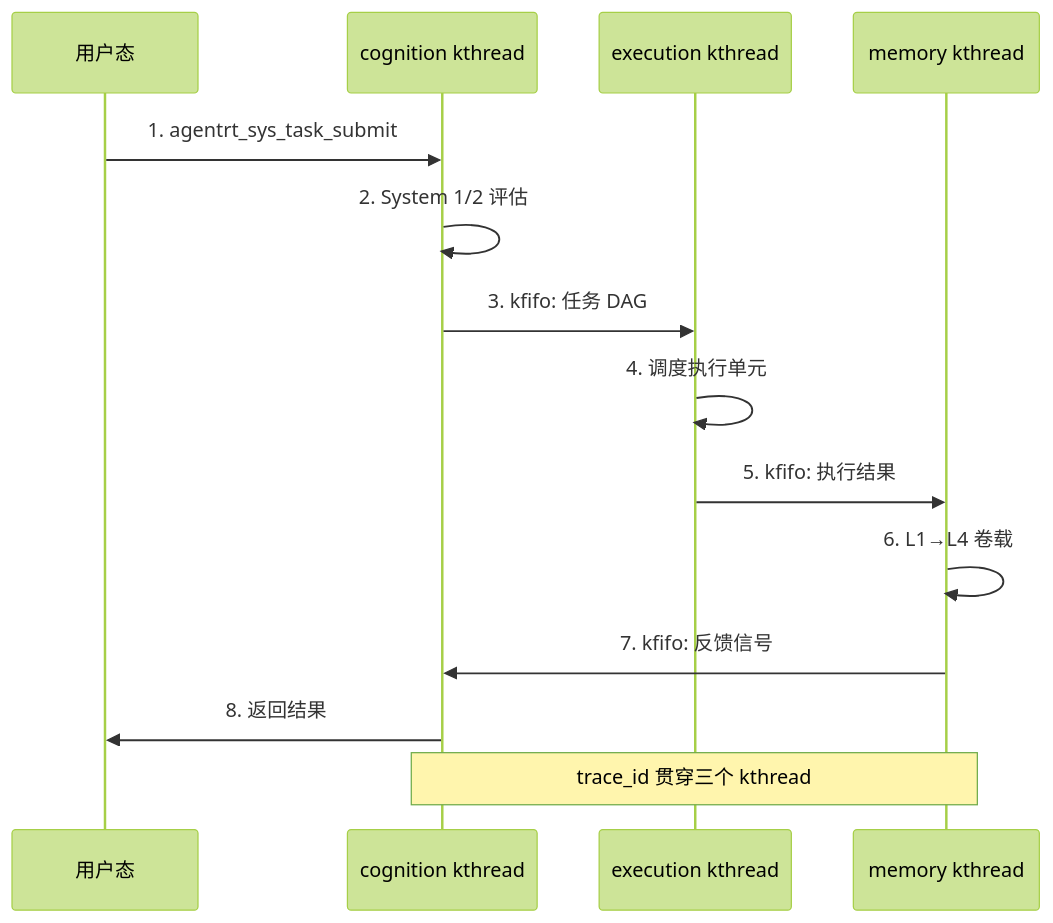
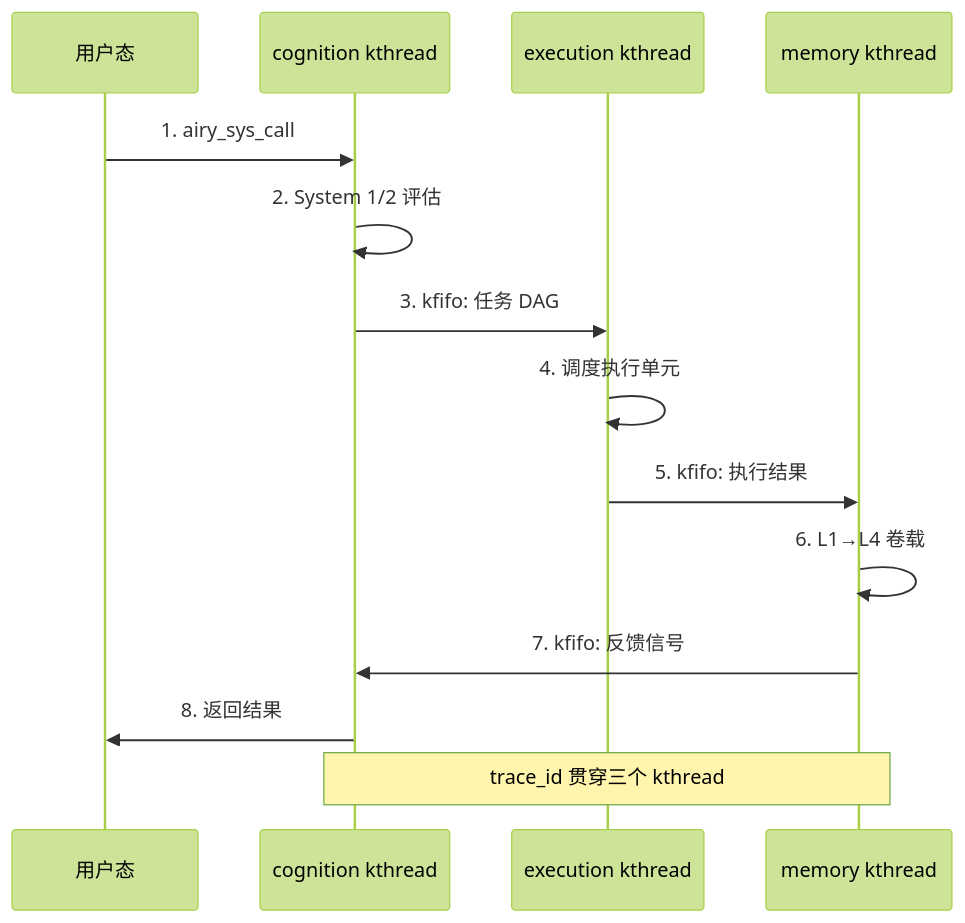
Before and after one commit to openairymax/docs-linux: the second of 3 diagrams in 40-dataflows/01-cognition-flow.md, drawn with Mermaid (forest theme). The commit also changed other lines of this file and 132 other files, not shown here.

Commit message:
chore: 完成全项目命名空间从agentrt到airy的统一替换 本次提交完成了代码库中所有`agentrt_`相关命名空间、宏定义、标识符的统一替换，改为`airy_`前缀，同时完成了部分文档的排版优化与路径修正： 1. 替换了所有API函数、结构体、宏定义的命名前缀 2. 更新了文档中的示例代码与引用路径

````diff
--- a/40-dataflows/01-cognition-flow.md
+++ b/40-dataflows/01-cognition-flow.md
@@ -109,18 +109,18 @@
 ```mermaid
 sequenceDiagram
     participant U as 用户态
     participant C as cognition kthread
     participant E as execution kthread
     participant M as memory kthread
     
-    U->>C: 1. agentrt_sys_task_submit
+    U->>C: 1. airy_sys_call
     C->>C: 2. System 1/2 评估
     C->>E: 3. kfifo: 任务 DAG
     E->>E: 4. 调度执行单元
     E->>M: 5. kfifo: 执行结果
     M->>M: 6. L1→L4 卷载
     M->>C: 7. kfifo: 反馈信号
     C->>U: 8. 返回结果
     
     Note over C,M: trace_id 贯穿三个 kthread
 ```
````
